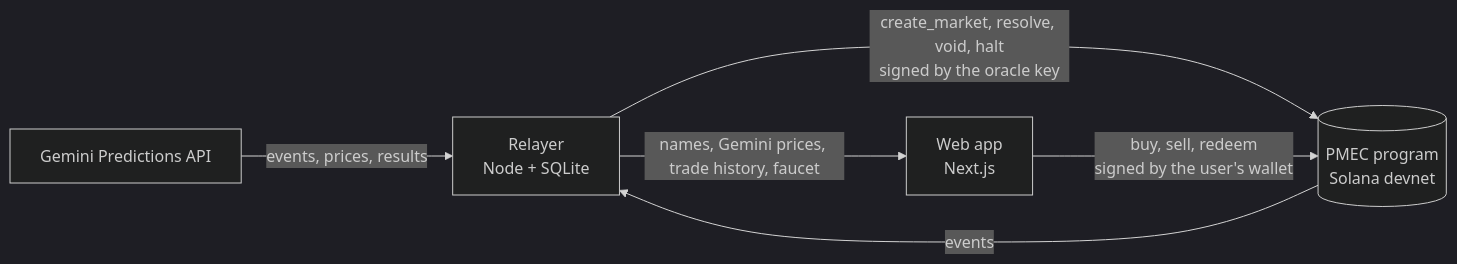
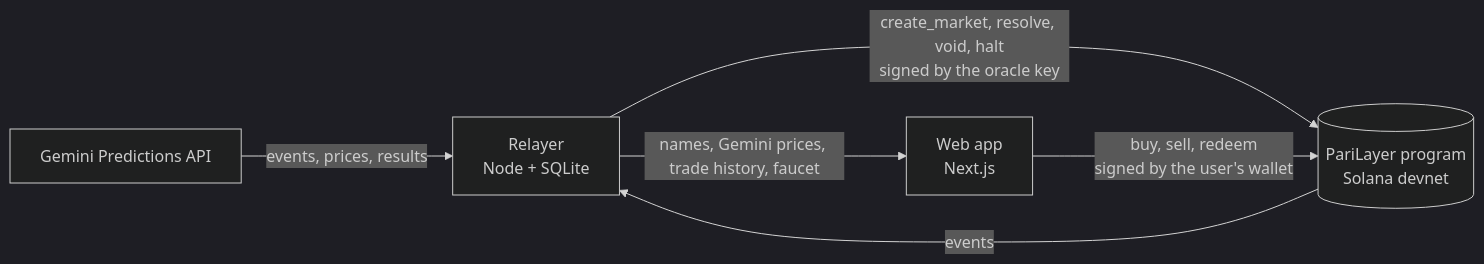
The diagram in README.md (mak1867/parilayer), drawn with Mermaid (dark theme) before and after one commit. The commit also changed other lines of this file and 85 other files, not shown here.

First line of the commit message:
Rename to PariLayer; cleaner landing; pair builder and How it works polish; slip scrolls on its own

````diff
--- a/README.md
+++ b/README.md
@@ -47,8 +47,8 @@
 ```mermaid
 flowchart LR
   G[Gemini Predictions API] -->|events, prices, results| R[Relayer<br/>Node + SQLite]
-  R -->|create_market, resolve, void, halt<br/>signed by the oracle key| P[(PMEC program<br/>Solana devnet)]
+  R -->|create_market, resolve, void, halt<br/>signed by the oracle key| P[(PariLayer program<br/>Solana devnet)]
   R -->|names, Gemini prices, trade history, faucet| W[Web app<br/>Next.js]
   W -->|buy, sell, redeem<br/>signed by the user's wallet| P
   P -->|events| R
 ```
````
